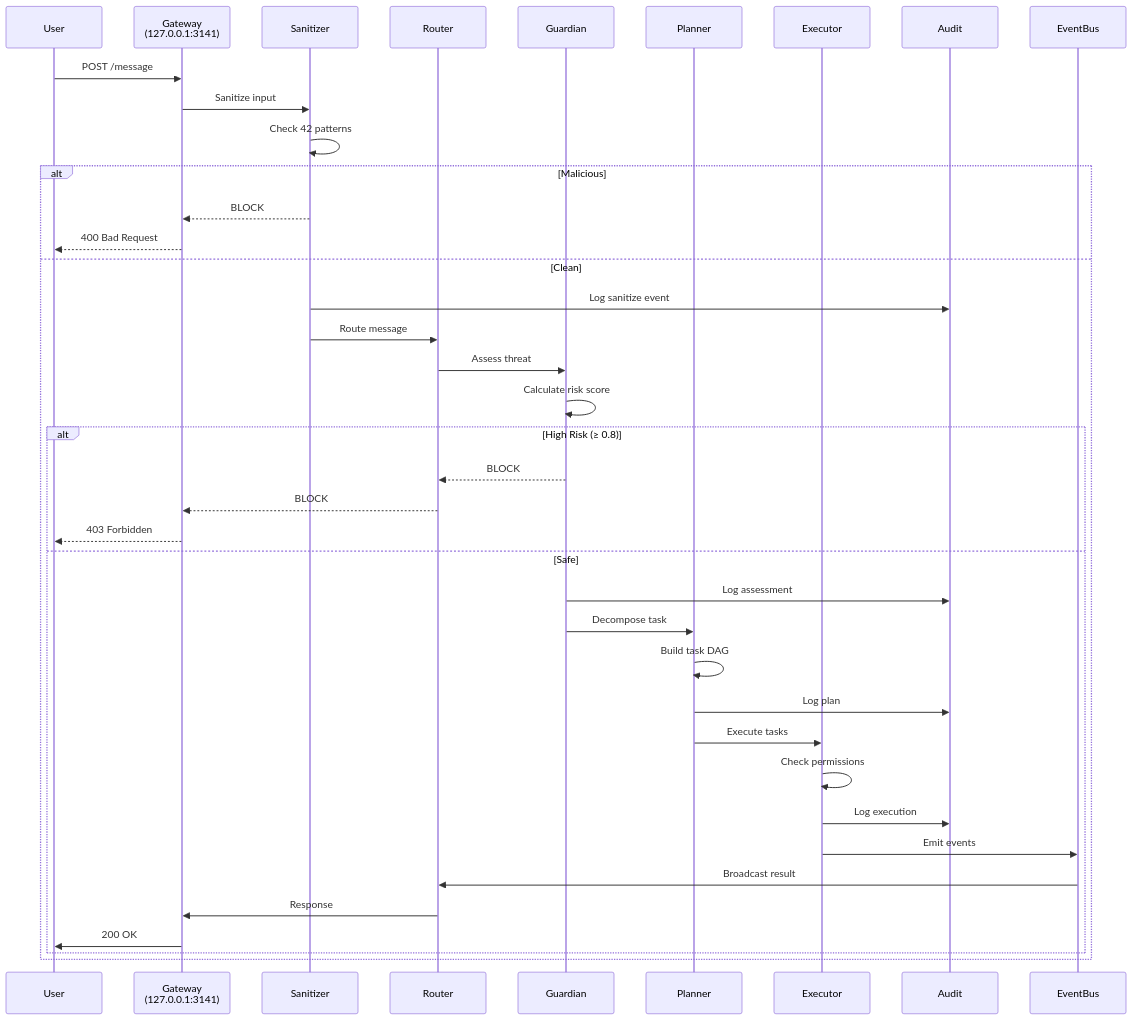
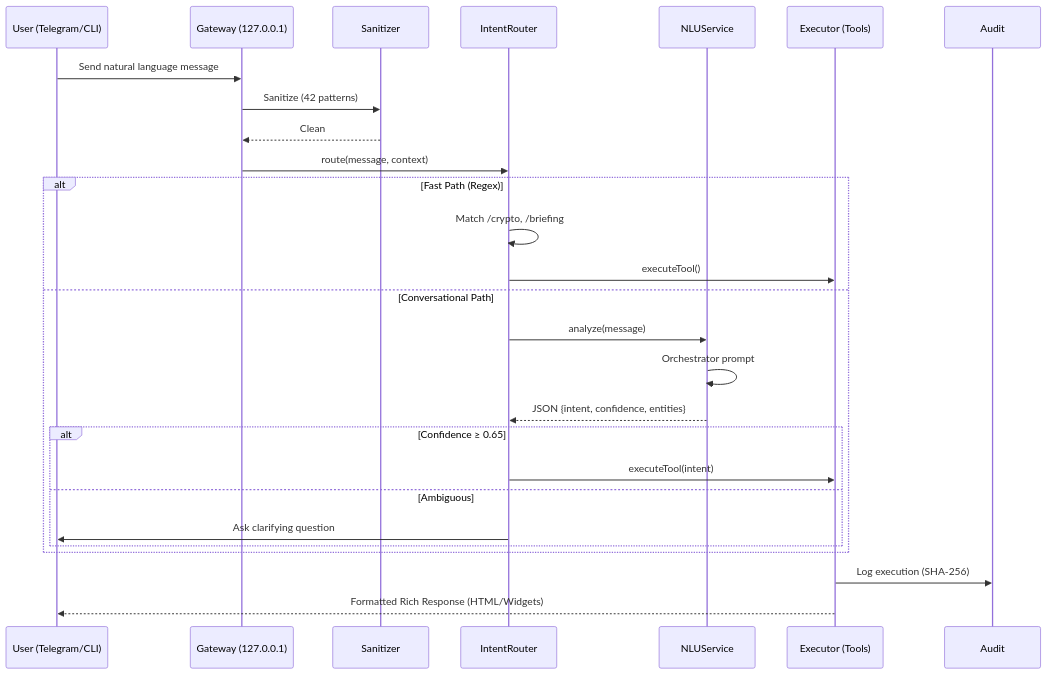
The third of 3 diagrams in README.md (Ari-OS/ARI), drawn with Mermaid before and after one commit. The commit also changed other lines of this file and 7 other files, not shown here.

````diff
--- a/README.md
+++ b/README.md
@@ -232,42 +232,32 @@
 ```mermaid
 sequenceDiagram
-    participant U as User
-    participant G as Gateway<br/>(127.0.0.1:3141)
+    participant U as User (Telegram/CLI)
+    participant G as Gateway (127.0.0.1)
     participant S as Sanitizer
-    participant R as Router
-    participant Guard as Guardian
-    participant Plan as Planner
-    participant Exec as Executor
+    participant Router as IntentRouter
+    participant NLU as NLUService
+    participant Exec as Executor (Tools)
     participant A as Audit
-    participant EB as EventBus
 
-    U->>G: POST /message
-    G->>S: Sanitize input
-    S->>S: Check 42 patterns
-    alt Malicious
-        S-->>G: BLOCK
-        G-->>U: 400 Bad Request
-    else Clean
-        S->>A: Log sanitize event
-        S->>R: Route message
-        R->>Guard: Assess threat
-        Guard->>Guard: Calculate risk score
-        alt High Risk (≥ 0.8)
-            Guard-->>R: BLOCK
-            R-->>G: BLOCK
-            G-->>U: 403 Forbidden
-        else Safe
-            Guard->>A: Log assessment
-            Guard->>Plan: Decompose task
-            Plan->>Plan: Build task DAG
-            Plan->>A: Log plan
-            Plan->>Exec: Execute tasks
-            Exec->>Exec: Check permissions
-            Exec->>A: Log execution
-            Exec->>EB: Emit events
-            EB->>R: Broadcast result
-            R->>G: Response
-            G->>U: 200 OK
+    U->>G: Send natural language message
+    G->>S: Sanitize (42 patterns)
+    S-->>G: Clean
+    G->>Router: route(message, context)
+    
+    alt Fast Path (Regex)
+        Router->>Router: Match /crypto, /briefing
+        Router->>Exec: executeTool()
+    else Conversational Path
+        Router->>NLU: analyze(message)
+        NLU->>NLU: Orchestrator prompt
+        NLU-->>Router: JSON {intent, confidence, entities}
+        alt Confidence ≥ 0.65
+            Router->>Exec: executeTool(intent)
+        else Ambiguous
+            Router->>U: Ask clarifying question
         end
     end
+    
+    Exec->>A: Log execution (SHA-256)
+    Exec-->>U: Formatted Rich Response (HTML/Widgets)
 ```
````
